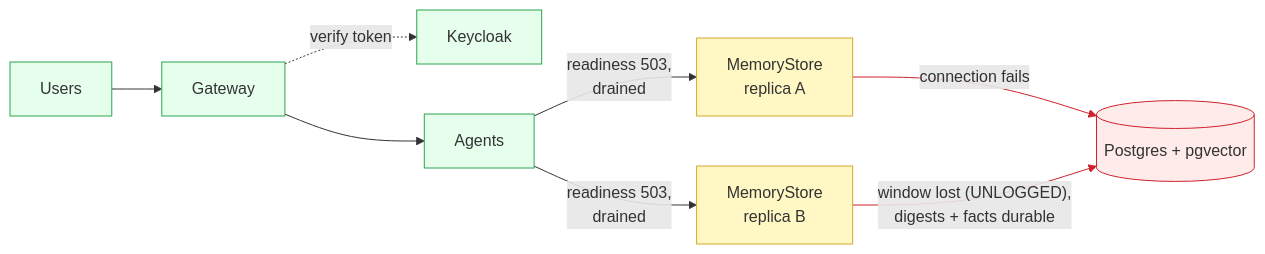
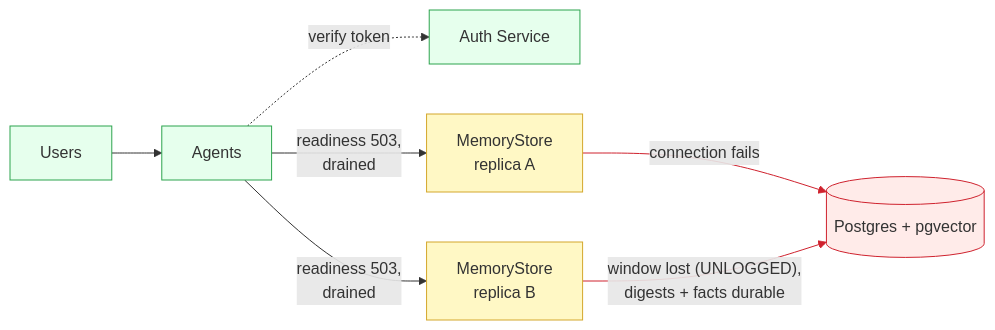
One commit to axsaucedo/kaos-adrs changed the sixth of 8 diagrams in memory/blog/BLOGPOST_DRAFT_PART_3.md. Above: the diagram before and after it, drawn with Mermaid. The commit also changed other lines of this file, not shown here.

First line of the commit message:
blog(part3): simplify failure diagrams to Users, Agents, Auth Service, replicas, Postgres

````diff
--- a/memory/blog/BLOGPOST_DRAFT_PART_3.md
+++ b/memory/blog/BLOGPOST_DRAFT_PART_3.md
@@ -286,17 +284,16 @@
 ```mermaid
 flowchart LR
-  U["Users"] --> GW["Gateway"]
-  GW -.->|"verify token"| KC["Keycloak"]
-  GW --> A["Agents"]
+  U["Users"] --> A["Agents"]
+  A -.->|"verify token"| AS["Auth Service"]
   A -->|"readiness 503,<br/>drained"| R1["MemoryStore<br/>replica A"]
   A -->|"readiness 503,<br/>drained"| R2["MemoryStore<br/>replica B"]
   R1 -->|"connection fails"| PG[("Postgres + pgvector")]
   R2 -->|"window lost (UNLOGGED),<br/>digests + facts durable"| PG
   classDef down fill:#ffebe9,stroke:#cf222e;
   classDef warn fill:#fff8c5,stroke:#d4a72c;
   classDef ok fill:#e6ffed,stroke:#2da44e;
   class PG down;
   class R1,R2 warn;
-  class U,GW,KC,A ok;
-  linkStyle 5,6 stroke:#cf222e
+  class U,AS,A ok;
+  linkStyle 4,5 stroke:#cf222e
 ```
````
